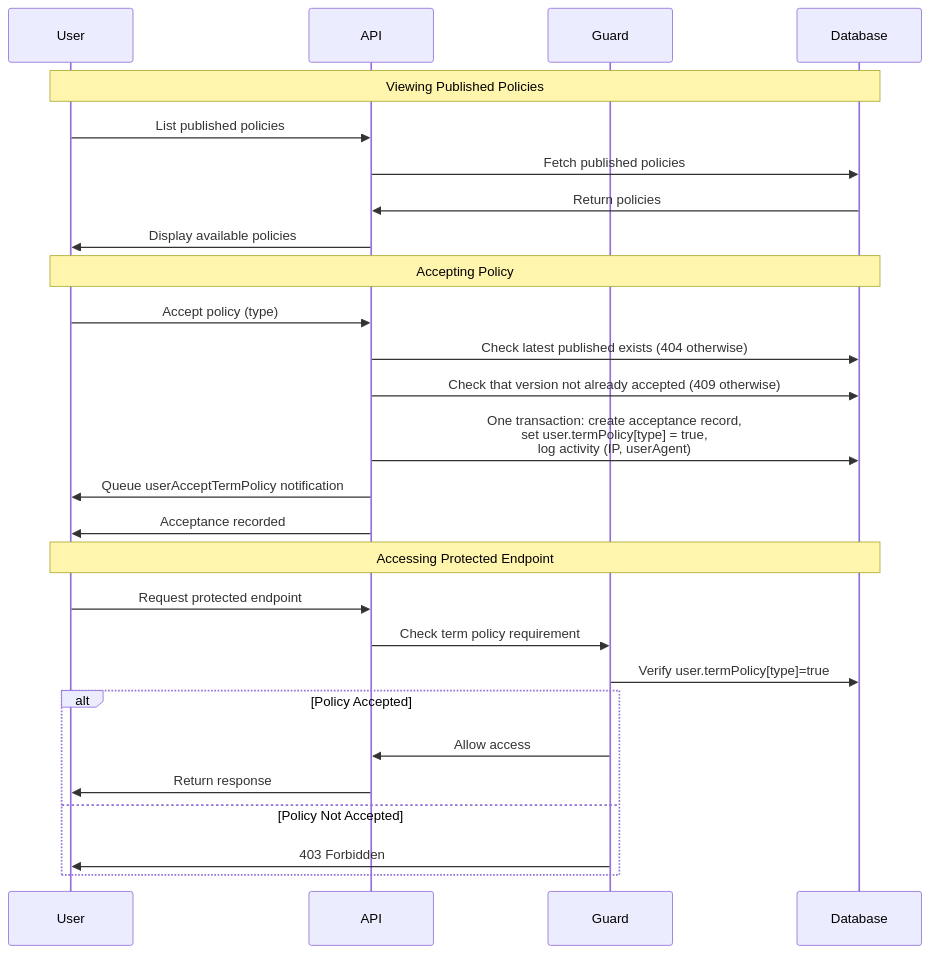
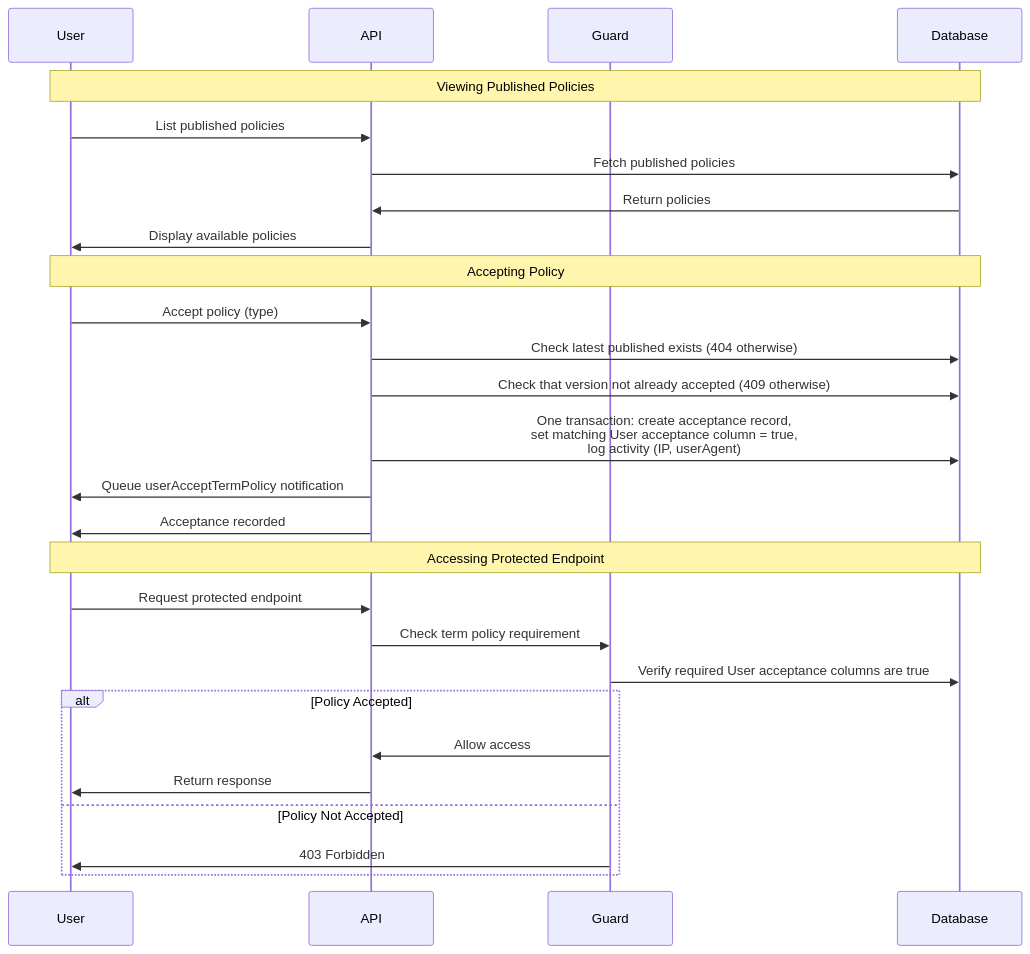
One commit to andrechristikan/ack-nestjs-boilerplate changed the second of 3 diagrams in docs/term-policy.md. Above: the diagram before and after it, drawn with Mermaid. The commit also changed other lines of this file and 7 other files, not shown here.

````diff
--- a/docs/term-policy.md
+++ b/docs/term-policy.md
@@ -132,35 +132,35 @@
 ```mermaid
 sequenceDiagram
     participant User
     participant API
     participant Guard
     participant Database
 
     Note over User,Database: Viewing Published Policies
     
     User->>API: List published policies
     API->>Database: Fetch published policies
     Database->>API: Return policies
     API->>User: Display available policies
     
     Note over User,Database: Accepting Policy
     
     User->>API: Accept policy (type)
     API->>Database: Check latest published exists (404 otherwise)
     API->>Database: Check that version not already accepted (409 otherwise)
-    API->>Database: One transaction: create acceptance record,<br/>set user.termPolicy[type] = true,<br/>log activity (IP, userAgent)
+    API->>Database: One transaction: create acceptance record,<br/>set matching User acceptance column = true,<br/>log activity (IP, userAgent)
     API->>User: Queue userAcceptTermPolicy notification
     API->>User: Acceptance recorded
     
     Note over User,Database: Accessing Protected Endpoint
     
     User->>API: Request protected endpoint
     API->>Guard: Check term policy requirement
-    Guard->>Database: Verify user.termPolicy[type]=true
+    Guard->>Database: Verify required User acceptance columns are true
     alt Policy Accepted
         Guard->>API: Allow access
         API->>User: Return response
     else Policy Not Accepted
         Guard->>User: 403 Forbidden
     end
 ```
````
